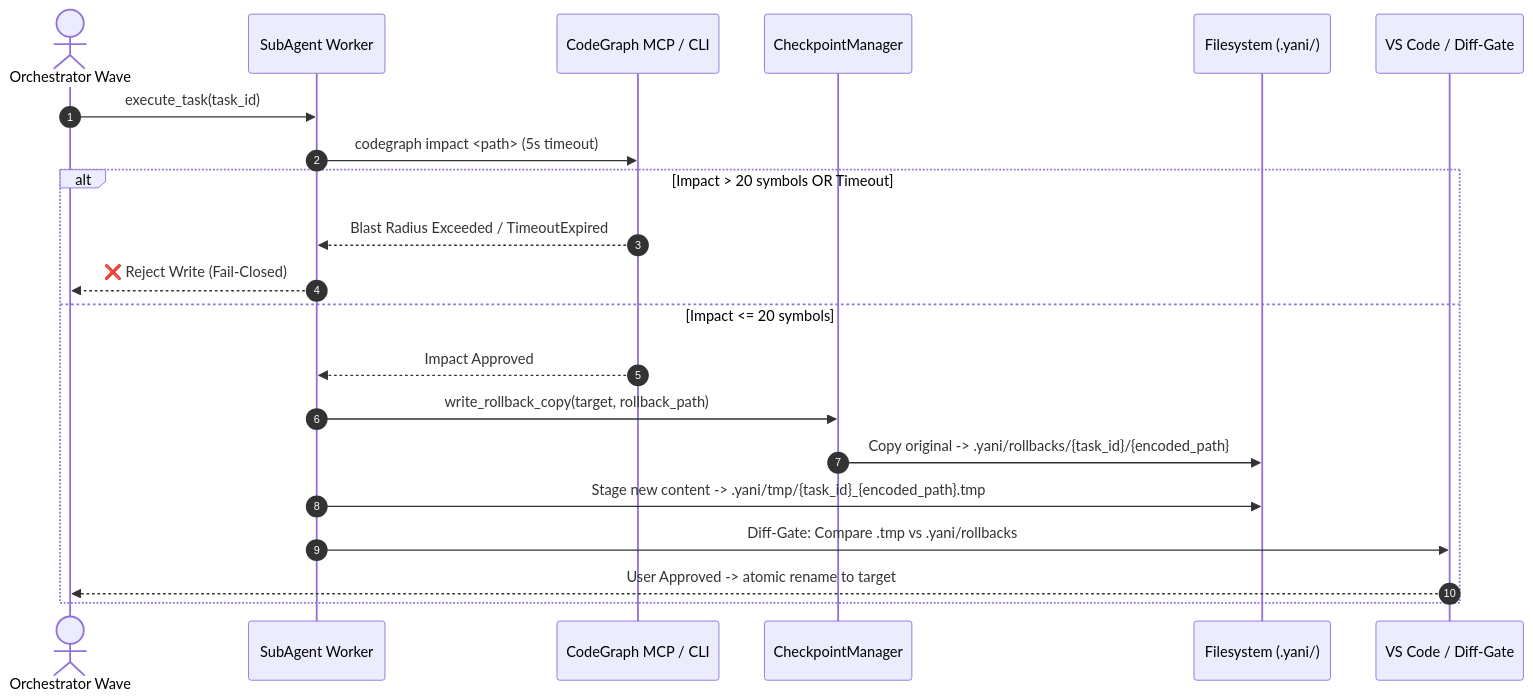
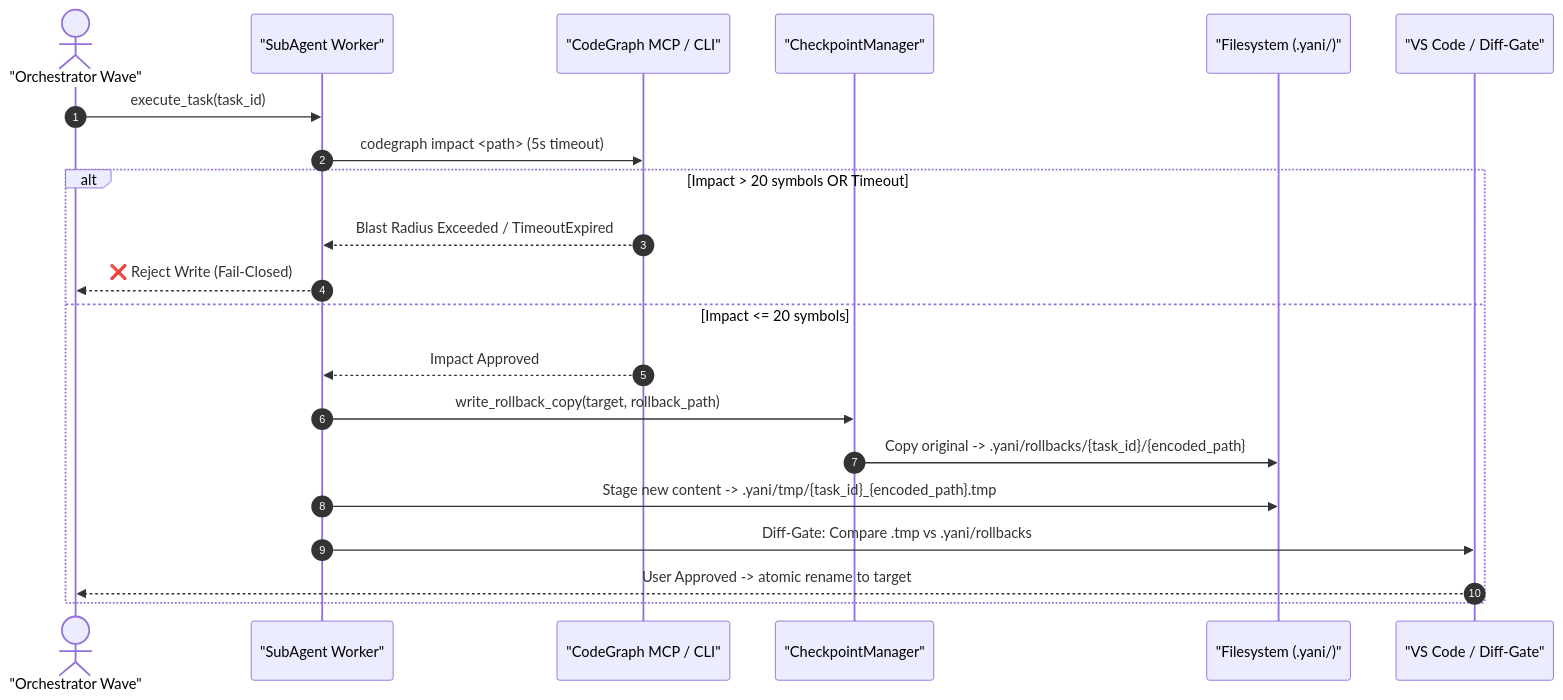
The fourth of 6 diagrams in docs/05-architecture.md (emmanuelol/yani-engine), drawn with Mermaid before and after one commit. The commit also changed other lines of this file and 2 other files, not shown here.

Commit message:
docs: Fix Mermaid syntax quoting and clarify yani-skill as Lite edition

````diff
--- a/docs/05-architecture.md
+++ b/docs/05-architecture.md
@@ -89,24 +89,24 @@
 ```mermaid
 sequenceDiagram
     autonumber
-    actor ParentSession as Orchestrator Wave
-    participant SubAgent as SubAgent Worker
-    participant CodeGraph as CodeGraph MCP / CLI
-    participant Checkpoint as CheckpointManager
-    participant Disk as Filesystem (.yani/)
-    participant Review as VS Code / Diff-Gate
+    actor ParentSession as "Orchestrator Wave"
+    participant SubAgent as "SubAgent Worker"
+    participant CodeGraph as "CodeGraph MCP / CLI"
+    participant Checkpoint as "CheckpointManager"
+    participant Disk as "Filesystem (.yani/)"
+    participant Review as "VS Code / Diff-Gate"
 
     ParentSession->>SubAgent: execute_task(task_id)
     SubAgent->>CodeGraph: codegraph impact <path> (5s timeout)
     alt Impact > 20 symbols OR Timeout
         CodeGraph-->>SubAgent: Blast Radius Exceeded / TimeoutExpired
         SubAgent-->>ParentSession: ❌ Reject Write (Fail-Closed)
     else Impact <= 20 symbols
         CodeGraph-->>SubAgent: Impact Approved
         SubAgent->>Checkpoint: write_rollback_copy(target, rollback_path)
         Checkpoint->>Disk: Copy original -> .yani/rollbacks/{task_id}/{encoded_path}
         SubAgent->>Disk: Stage new content -> .yani/tmp/{task_id}_{encoded_path}.tmp
         SubAgent->>Review: Diff-Gate: Compare .tmp vs .yani/rollbacks
         Review-->>ParentSession: User Approved -> atomic rename to target
     end
 ```
````
